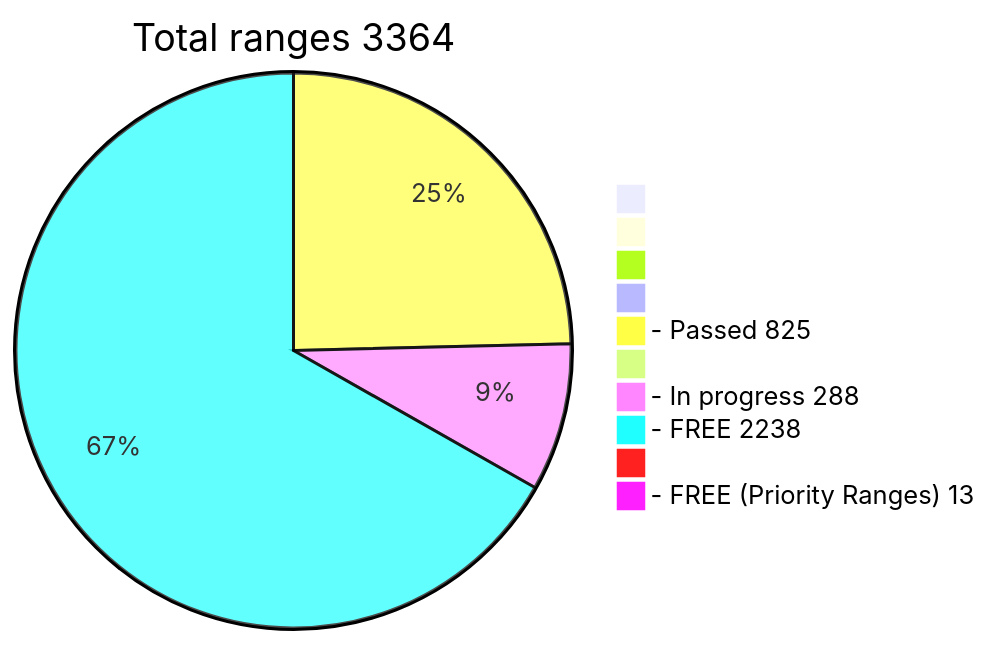
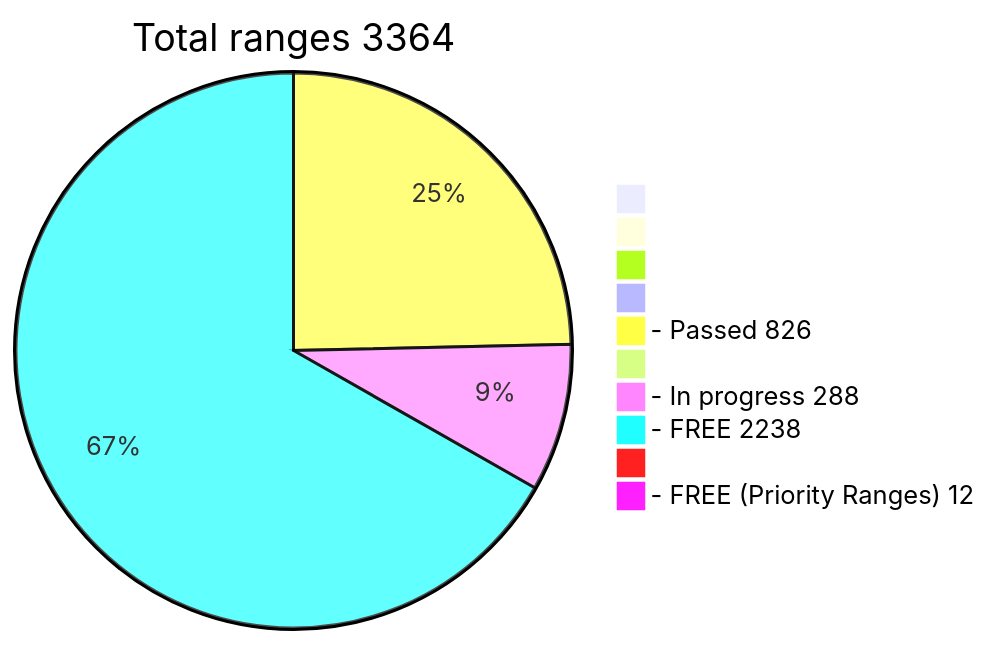
One commit to phrutis/wif500 changed the diagram in README.md. Above: the diagram before and after it, drawn with Mermaid.

````diff
--- a/README.md
+++ b/README.md
@@ -16,13 +16,13 @@
 ```mermaid
 pie title Total ranges 3364
              " " : 0
             "  " : 0
            "   " : 0
           "    " : 0
-  "- Passed 825" : 825
+  "- Passed 826" : 826
          "     " : 0
   "- In progress 288" : 288
    "- FREE 2238" : 2238
         "      " : 0
-  "- FREE (Priority Ranges) 13" : 13
+  "- FREE (Priority Ranges) 12" : 12
 ```
````
